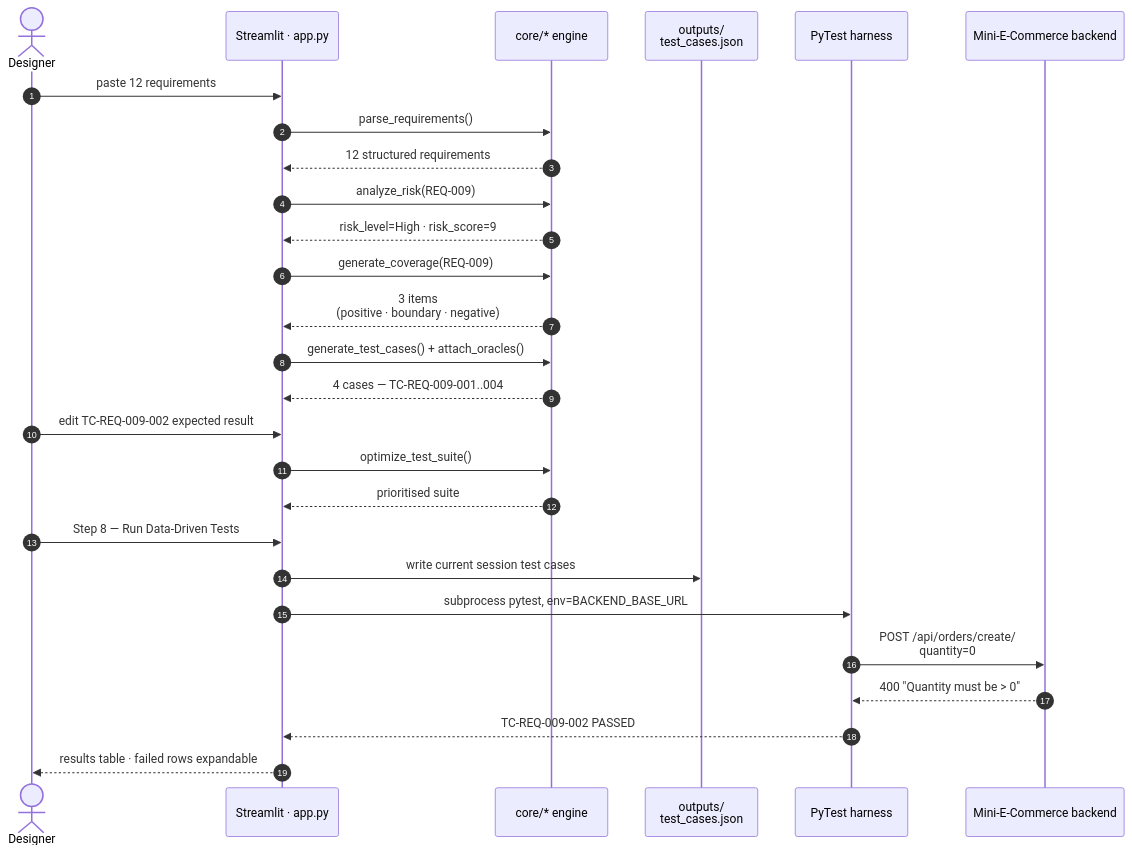
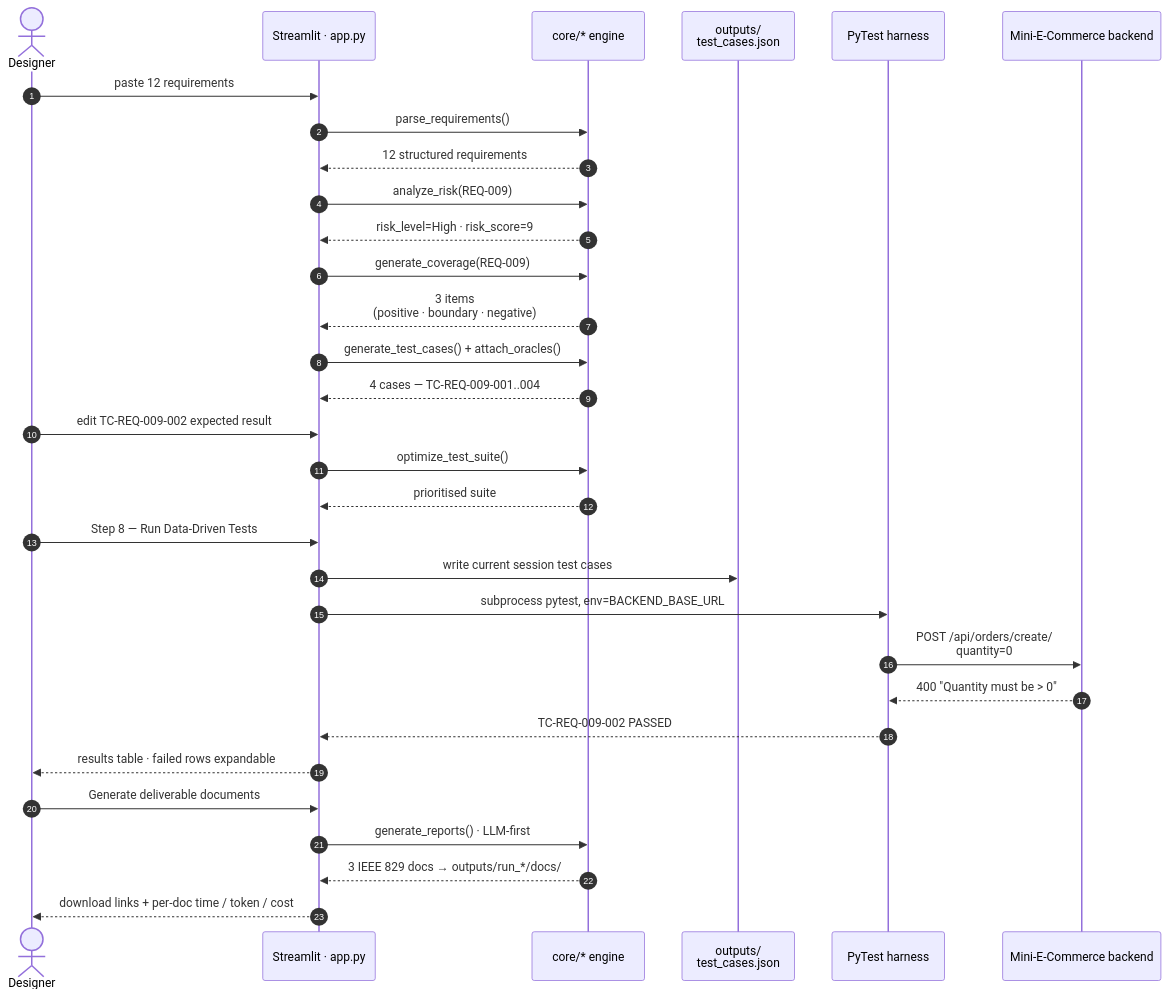
Before and after one commit to BeholderABC/Software-Testing-Final: the fifth of 6 diagrams in docs/architecture.md, drawn with Mermaid. The commit also changed other lines of this file and 15 other files, not shown here.

````diff
--- a/docs/architecture.md
+++ b/docs/architecture.md
@@ -236,30 +266,34 @@
 ```mermaid
 sequenceDiagram
     autonumber
     actor U as Designer
     participant App as Streamlit · app.py
     participant Engine as core/* engine
     participant Json as outputs/<br/>test_cases.json
     participant Pytest as PyTest harness
     participant Be as Mini-E-Commerce backend
 
     U->>App: paste 12 requirements
     App->>Engine: parse_requirements()
     Engine-->>App: 12 structured requirements
     App->>Engine: analyze_risk(REQ-009)
     Engine-->>App: risk_level=High · risk_score=9
     App->>Engine: generate_coverage(REQ-009)
     Engine-->>App: 3 items<br/>(positive · boundary · negative)
     App->>Engine: generate_test_cases() + attach_oracles()
     Engine-->>App: 4 cases — TC-REQ-009-001..004
     U->>App: edit TC-REQ-009-002 expected result
     App->>Engine: optimize_test_suite()
     Engine-->>App: prioritised suite
     U->>App: Step 8 — Run Data-Driven Tests
     App->>Json: write current session test cases
     App->>Pytest: subprocess pytest, env=BACKEND_BASE_URL
     Pytest->>Be: POST /api/orders/create/<br/>quantity=0
     Be-->>Pytest: 400 "Quantity must be > 0"
     Pytest-->>App: TC-REQ-009-002 PASSED
     App-->>U: results table · failed rows expandable
+    U->>App: Generate deliverable documents
+    App->>Engine: generate_reports() · LLM-first
+    Engine-->>App: 3 IEEE 829 docs → outputs/run_*/docs/
+    App-->>U: download links + per-doc time / token / cost
 ```
````
